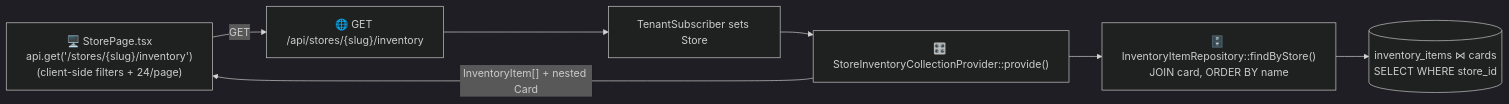
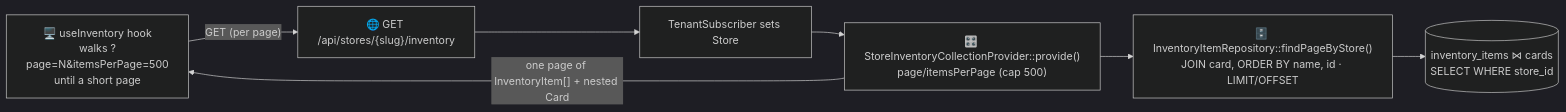
Before and after one commit to tedy97123/store: the second of 6 diagrams in architecture/catalog-and-inventory.md, drawn with Mermaid (dark theme). The commit also changed other lines of this file and 19 other files, not shown here.

First line of the commit message:
Scale card catalog and import pipeline for multi-store growth

````diff
--- a/architecture/catalog-and-inventory.md
+++ b/architecture/catalog-and-inventory.md
@@ -53,9 +53,9 @@
 ```mermaid
 flowchart LR
-    sp["🖥️ StorePage.tsx<br/>api.get('/stores/{slug}/inventory')<br/>(client-side filters + 24/page)"] -->|"GET"| rt["🌐 GET /api/stores/{slug}/inventory"]
+    sp["🖥️ useInventory hook<br/>walks ?page=N&itemsPerPage=500<br/>until a short page"] -->|"GET (per page)"| rt["🌐 GET /api/stores/{slug}/inventory"]
     rt --> tenant["TenantSubscriber sets Store"]
-    tenant --> prov["🎛️ StoreInventoryCollectionProvider::provide()"]
-    prov --> repo["🗄️ InventoryItemRepository::findByStore()<br/>JOIN card, ORDER BY name"]
+    tenant --> prov["🎛️ StoreInventoryCollectionProvider::provide()<br/>page/itemsPerPage (cap 500)"]
+    prov --> repo["🗄️ InventoryItemRepository::findPageByStore()<br/>JOIN card, ORDER BY name, id · LIMIT/OFFSET"]
     repo --> db[("inventory_items ⋈ cards<br/>SELECT WHERE store_id")]
-    prov -->|"InventoryItem[] + nested Card"| sp
+    prov -->|"one page of InventoryItem[] + nested Card"| sp
 ```
````
